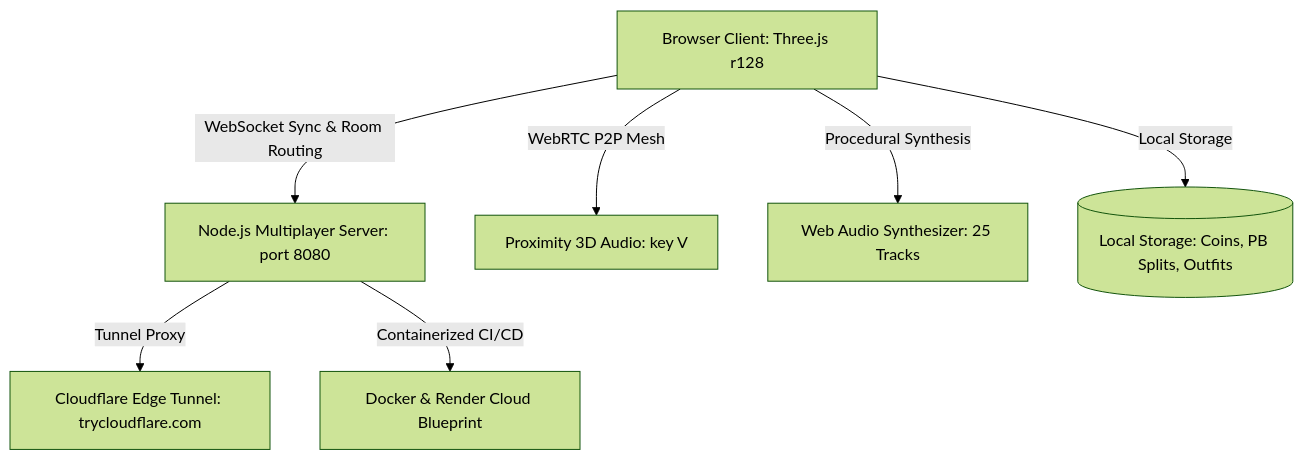
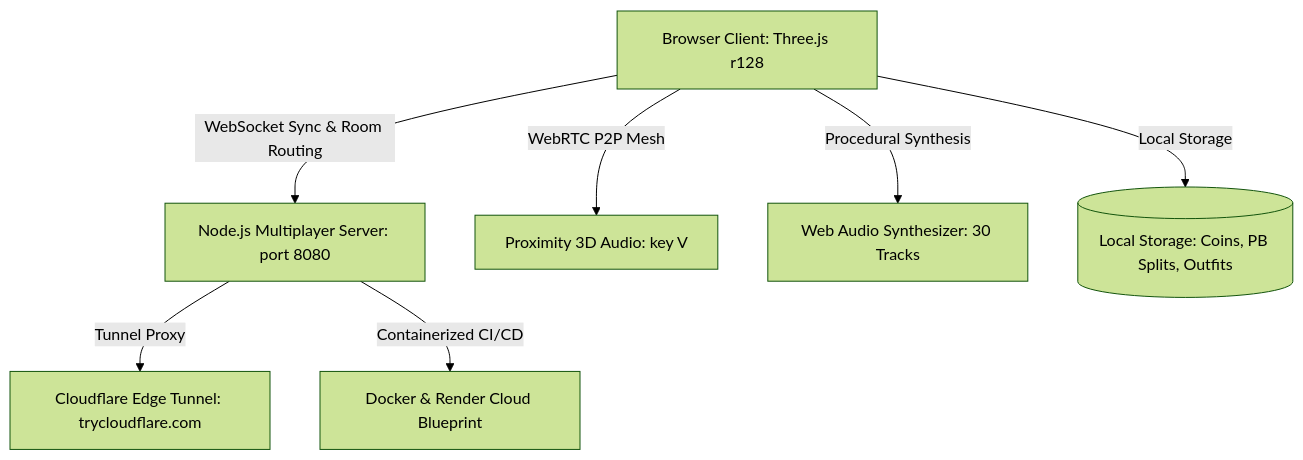
Before and after one commit to soumyadeepmagnusx/roblox-obby-sim: the diagram in README.md, drawn with Mermaid (forest theme). The commit also changed other lines of this file and 2 other files, not shown here.

````diff
--- a/README.md
+++ b/README.md
@@ -14,9 +14,9 @@
 ```mermaid
 flowchart TD
     Client[Browser Client: Three.js r128] -->|WebSocket Sync & Room Routing| Server[Node.js Multiplayer Server: port 8080]
     Client -->|WebRTC P2P Mesh| Voice[Proximity 3D Audio: key V]
-    Client -->|Procedural Synthesis| Music[Web Audio Synthesizer: 25 Tracks]
+    Client -->|Procedural Synthesis| Music[Web Audio Synthesizer: 30 Tracks]
     Client -->|Local Storage| Storage[(Local Storage: Coins, PB Splits, Outfits)]
     Server -->|Tunnel Proxy| Cloudflare[Cloudflare Edge Tunnel: trycloudflare.com]
     Server -->|Containerized CI/CD| Docker[Docker & Render Cloud Blueprint]
 ```
````
